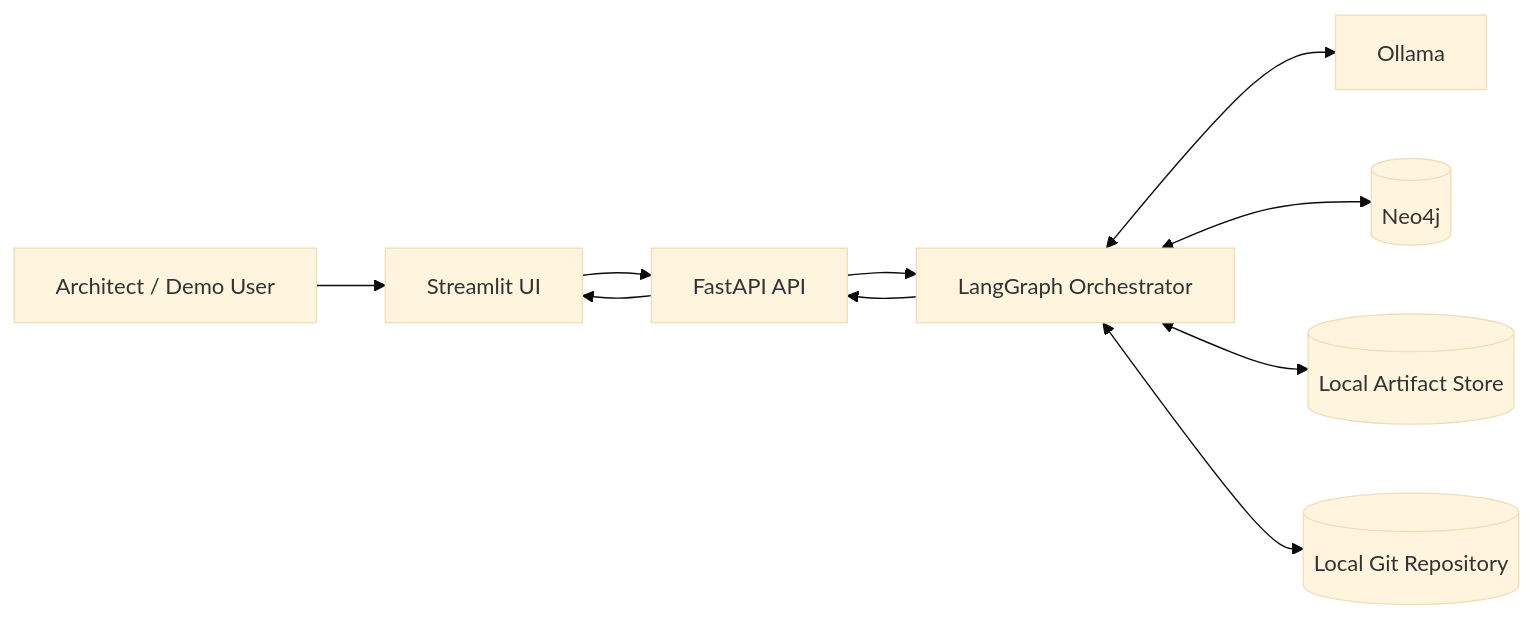
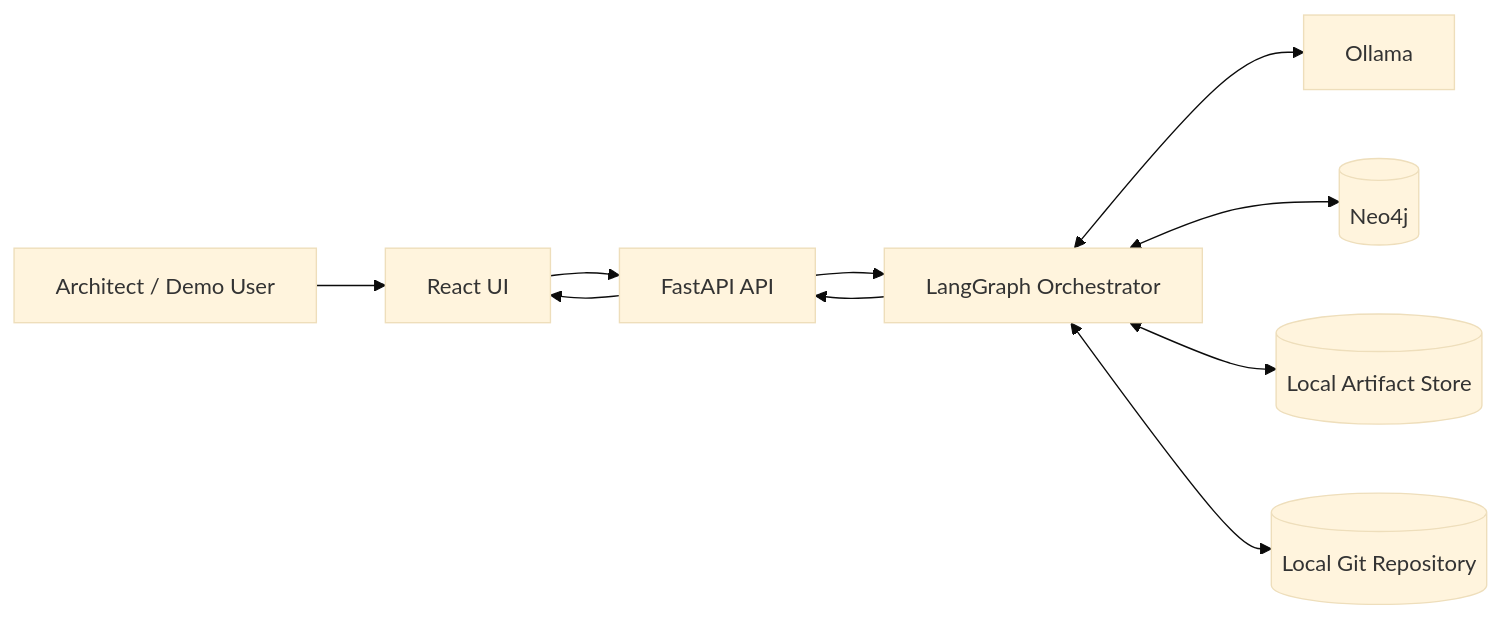
One commit to Hariram-Pandiyaraman/Agentic-SDLC changed the first of 3 diagrams in Architecture.md. Above: the diagram before and after it, drawn with Mermaid (base theme). The commit also changed other lines of this file and 25 other files, not shown here.

````diff
--- a/Architecture.md
+++ b/Architecture.md
@@ -32,21 +32,21 @@
 ```mermaid
 flowchart LR
     Architect[Architect / Demo User]
-    UI[Streamlit UI]
+    UI[React UI]
     API[FastAPI API]
     Graph[LangGraph Orchestrator]
     LLM[Ollama]
     KG[(Neo4j)]
     Files[(Local Artifact Store)]
     Git[(Local Git Repository)]
 
     Architect --> UI
     UI --> API
     API --> Graph
     Graph <--> LLM
     Graph <--> KG
     Graph <--> Files
     Graph <--> Git
     Graph --> API
     API --> UI
 ```
````
